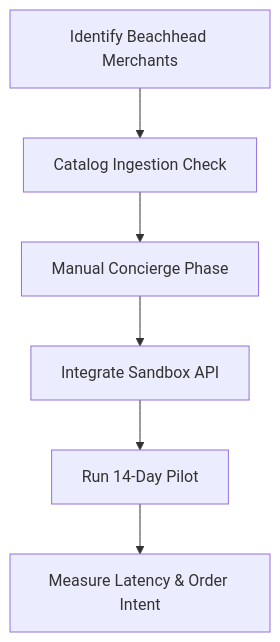
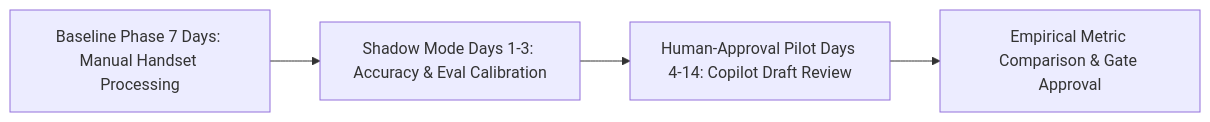
One commit to KiranJinka45/WhatsappSalesExecutive changed the first of 2 diagrams in docs/product-validation-plan.md. Above: the diagram before and after it, drawn with Mermaid. The commit also changed other lines of this file and 21 other files, not shown here.

````diff
--- a/docs/product-validation-plan.md
+++ b/docs/product-validation-plan.md
@@ -32,8 +39,6 @@
 ```mermaid
-graph TD
-    A[Identify Beachhead Merchants] --> B[Catalog Ingestion Check]
-    B --> C[Manual Concierge Phase]
-    C --> D[Integrate Sandbox API]
-    D --> E[Run 14-Day Pilot]
-    E --> F[Measure Latency & Order Intent]
+graph LR
+    A[Baseline Phase 7 Days: Manual Handset Processing] --> B[Shadow Mode Days 1-3: Accuracy & Eval Calibration]
+    B --> C[Human-Approval Pilot Days 4-14: Copilot Draft Review]
+    C --> D[Empirical Metric Comparison & Gate Approval]
 ```
````
